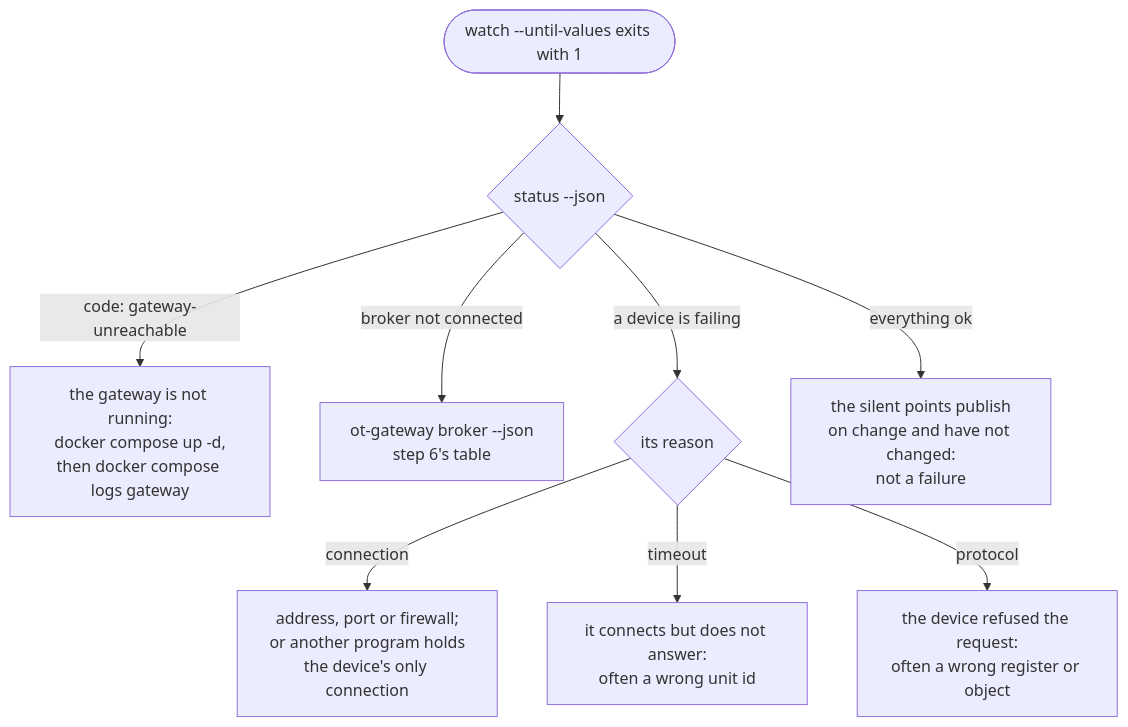
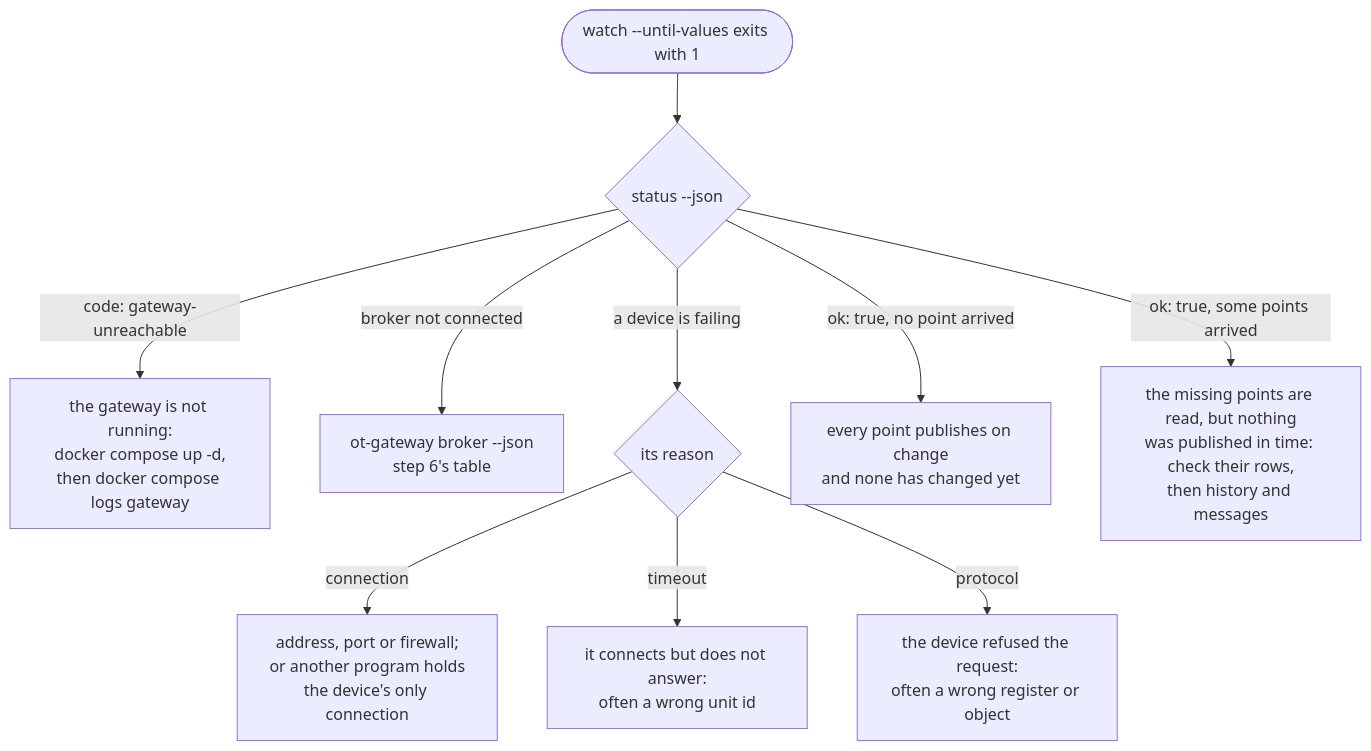
The third of 3 diagrams in docs/headless.md (phocal-ai/ot-gateway), drawn with Mermaid before and after one commit. The commit also changed other lines of this file and 2 other files, not shown here.

````diff
--- a/docs/headless.md
+++ b/docs/headless.md
@@ -381,12 +388,13 @@
 ```mermaid
 %% site: headless-failures
 flowchart TD
   start(["watch --until-values exits with 1"]) --> s{"status --json"}
   s -- "code: gateway-unreachable" --> notrun["the gateway is not running:<br/>docker compose up -d,<br/>then docker compose logs gateway"]
   s -- "broker not connected" --> b["ot-gateway broker --json<br/>step 6's table"]
   s -- "a device is failing" --> why{"its reason"}
   why -- "connection" --> c["address, port or firewall;<br/>or another program holds<br/>the device's only connection"]
   why -- "timeout" --> t["it connects but does not answer:<br/>often a wrong unit id"]
   why -- "protocol" --> p["the device refused the request:<br/>often a wrong register or object"]
-  s -- "everything ok" --> oc["the silent points publish<br/>on change and have not changed:<br/>not a failure"]
+  s -- "ok: true, no point arrived" --> oc["every point publishes on change<br/>and none has changed yet"]
+  s -- "ok: true, some points arrived" --> pt["the missing points are read, but nothing<br/>was published in time: check their rows,<br/>then history and messages"]
 ```
````
